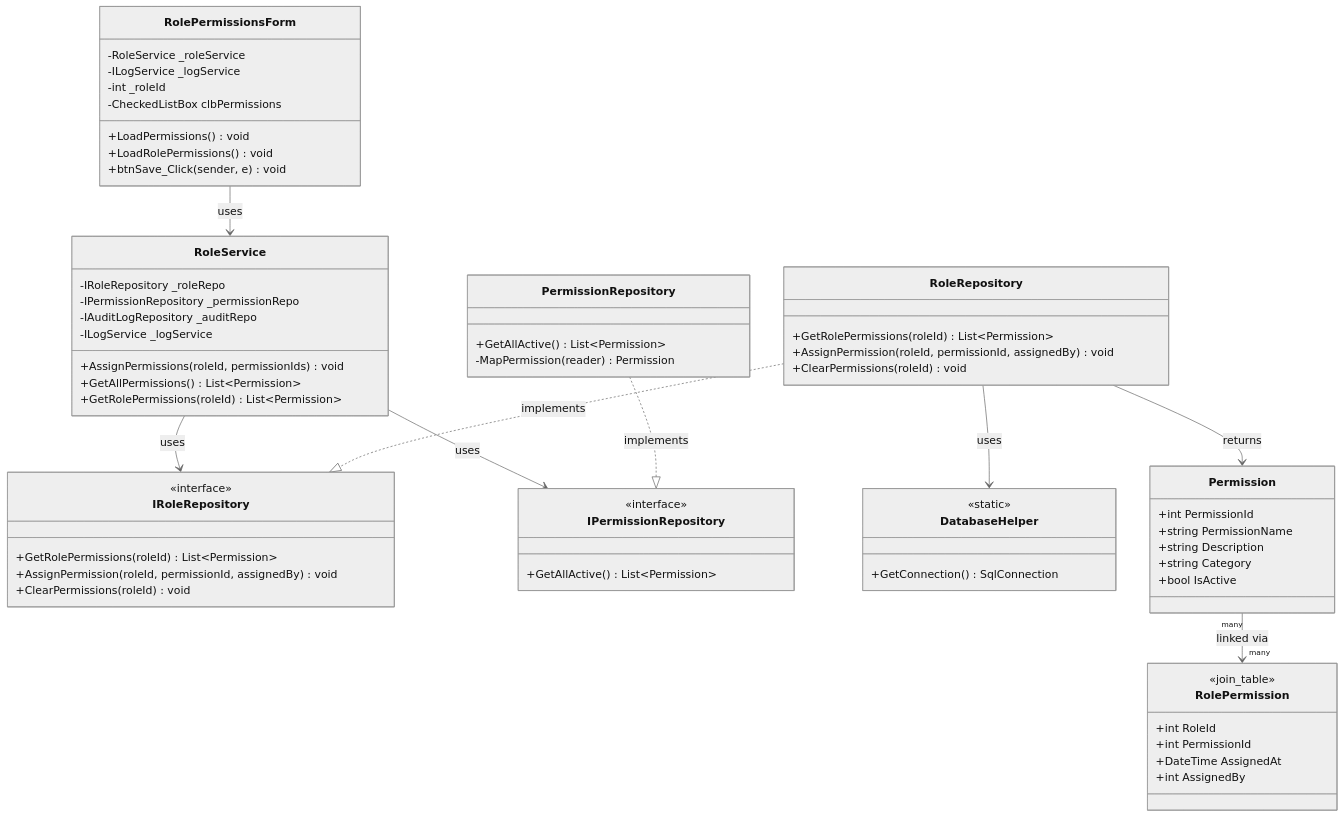
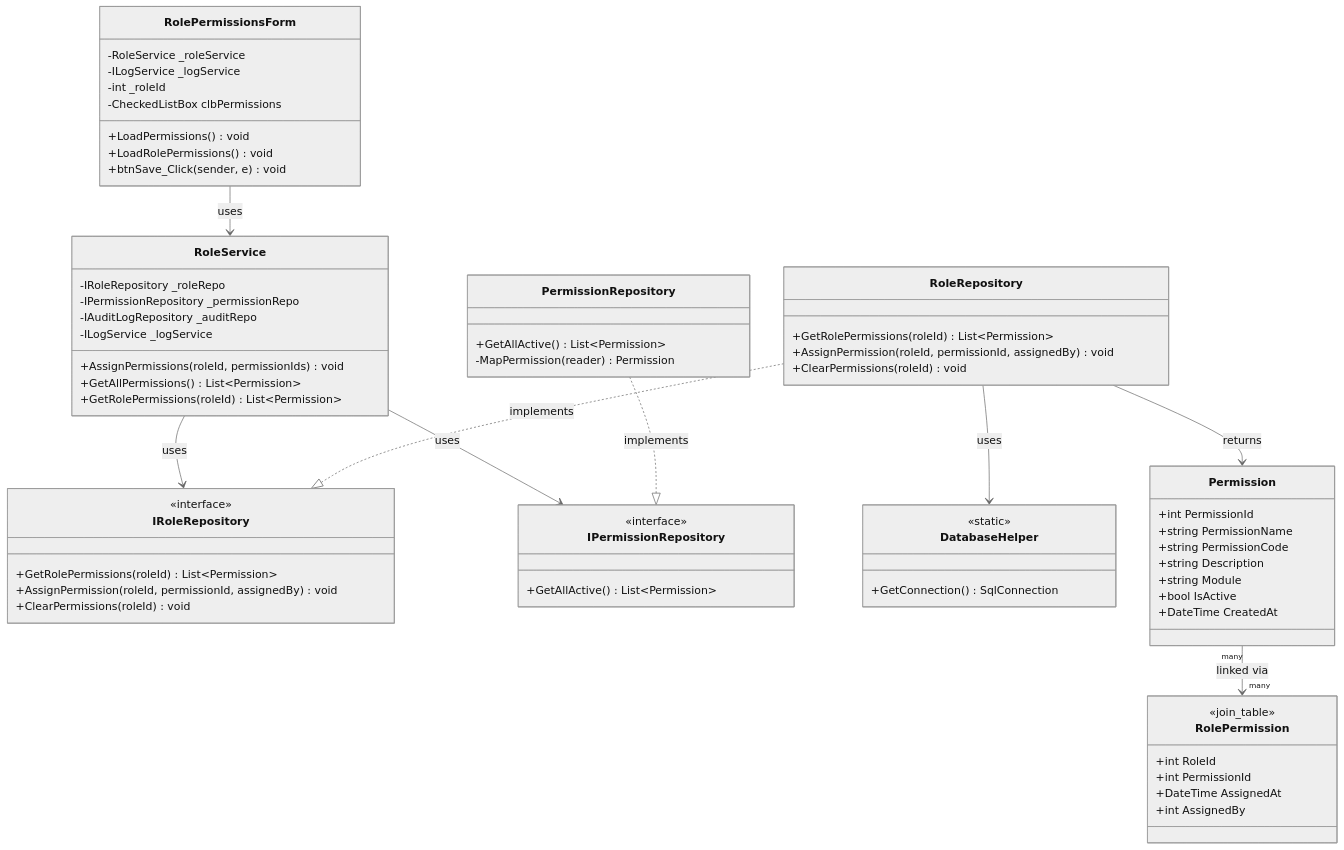
One commit to nahuk86/tp_diploma_nk_2026 changed the third of 13 diagrams in Documentation/UML_Diagrams/11_Role_Permissions_Process_Class_Diagram.md. Above: the diagram before and after it, drawn with Mermaid (neutral theme). The commit also changed other lines of this file and 4 other files, not shown here.

Commit message:
Update UML diagrams 08-12 to reflect actual implementation

````diff
--- a/Documentation/UML_Diagrams/11_Role_Permissions_Process_Class_Diagram.md
+++ b/Documentation/UML_Diagrams/11_Role_Permissions_Process_Class_Diagram.md
@@ -101,75 +101,77 @@
 ```mermaid
 classDiagram
     class RolePermissionsForm {
         -RoleService _roleService
         -ILogService _logService
         -int _roleId
         -CheckedListBox clbPermissions
         +LoadPermissions() void
         +LoadRolePermissions() void
         +btnSave_Click(sender, e) void
     }
 
     class RoleService {
         -IRoleRepository _roleRepo
         -IPermissionRepository _permissionRepo
         -IAuditLogRepository _auditRepo
         -ILogService _logService
         +AssignPermissions(roleId, permissionIds) void
         +GetAllPermissions() List~Permission~
         +GetRolePermissions(roleId) List~Permission~
     }
 
     class IRoleRepository {
         <<interface>>
         +GetRolePermissions(roleId) List~Permission~
         +AssignPermission(roleId, permissionId, assignedBy) void
         +ClearPermissions(roleId) void
     }
 
     class IPermissionRepository {
         <<interface>>
         +GetAllActive() List~Permission~
     }
 
     class RoleRepository {
         +GetRolePermissions(roleId) List~Permission~
         +AssignPermission(roleId, permissionId, assignedBy) void
         +ClearPermissions(roleId) void
     }
 
     class PermissionRepository {
         +GetAllActive() List~Permission~
         -MapPermission(reader) Permission
     }
 
     class DatabaseHelper {
         <<static>>
         +GetConnection() SqlConnection
     }
 
     class Permission {
         +int PermissionId
         +string PermissionName
+        +string PermissionCode
         +string Description
-        +string Category
+        +string Module
         +bool IsActive
+        +DateTime CreatedAt
     }
 
     class RolePermission {
         <<join_table>>
         +int RoleId
         +int PermissionId
         +DateTime AssignedAt
         +int AssignedBy
     }
 
     RolePermissionsForm --> RoleService : uses
     RoleService --> IRoleRepository : uses
     RoleService --> IPermissionRepository : uses
     RoleRepository ..|> IRoleRepository : implements
     PermissionRepository ..|> IPermissionRepository : implements
     RoleRepository --> DatabaseHelper : uses
     RoleRepository --> Permission : returns
     Permission "many" --> "many" RolePermission : linked via
 ```
````
